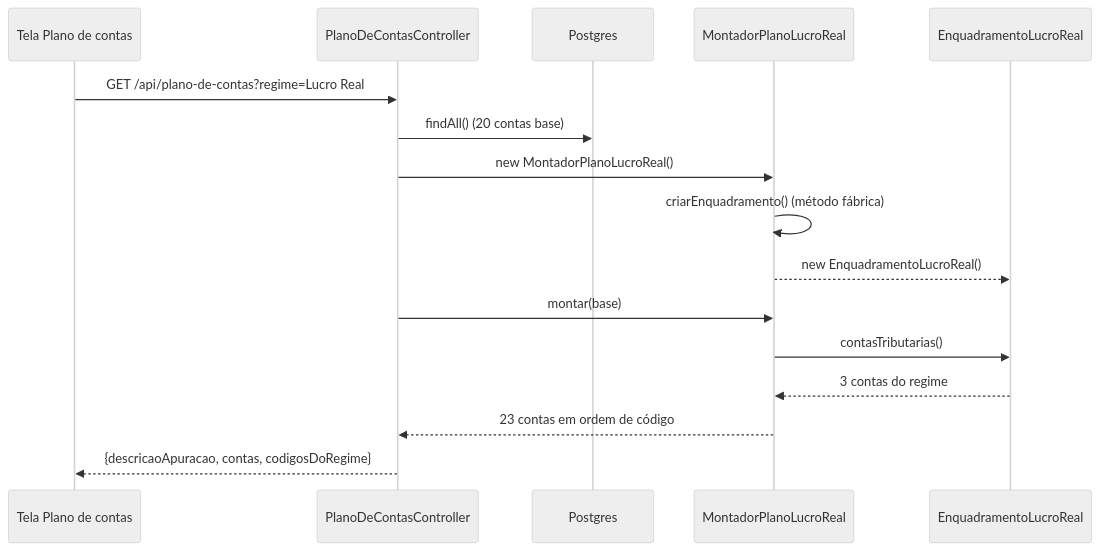
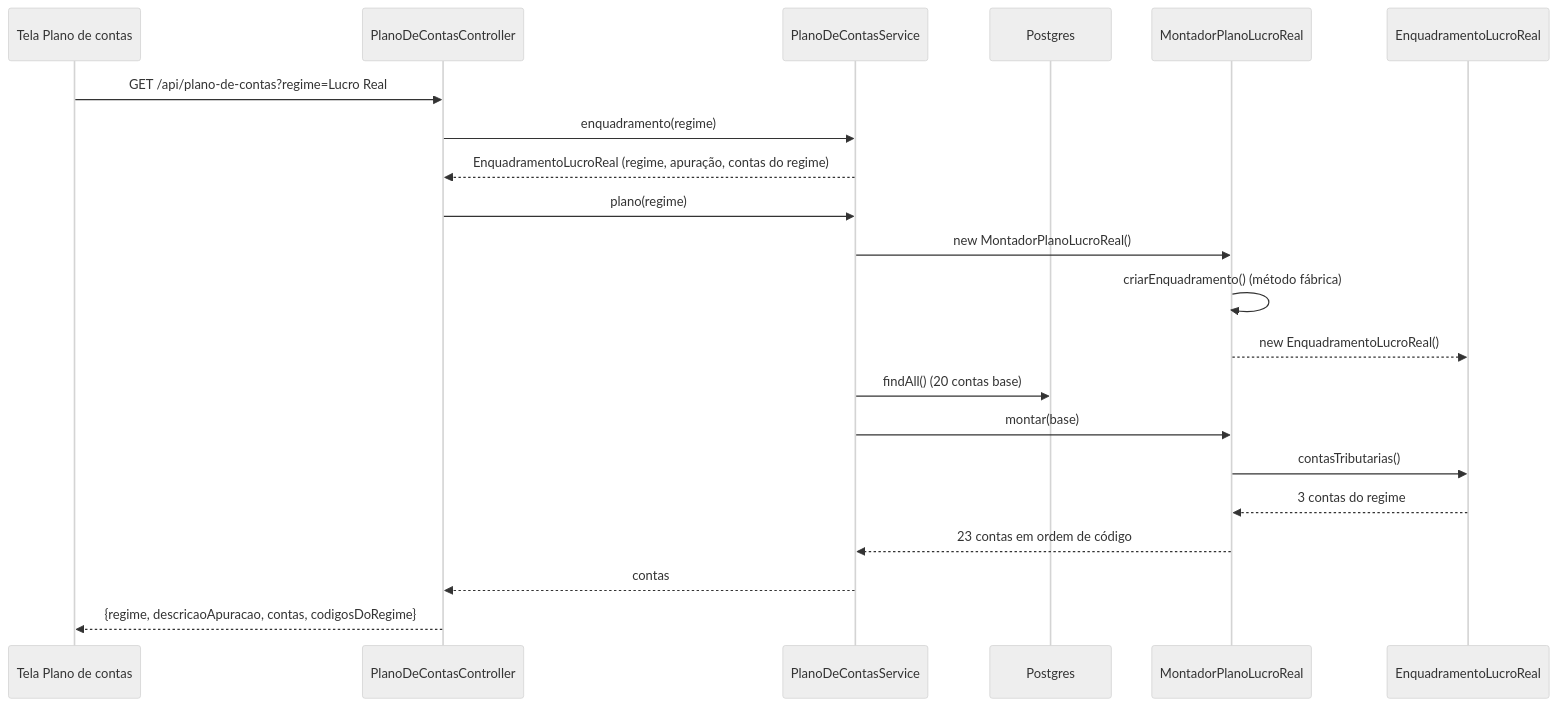
The third of 7 diagrams in README.md (g-celente/core-conta-flow), drawn with Mermaid (neutral theme) before and after one commit. The commit also changed other lines of this file and 183 other files, not shown here.

````diff
--- a/README.md
+++ b/README.md
@@ -244,18 +256,23 @@
 ```mermaid
 sequenceDiagram
     participant T as Tela Plano de contas
     participant C as PlanoDeContasController
+    participant S as PlanoDeContasService
     participant DB as Postgres
     participant M as MontadorPlanoLucroReal
     participant E as EnquadramentoLucroReal
     T->>C: GET /api/plano-de-contas?regime=Lucro Real
-    C->>DB: findAll() (20 contas base)
-    C->>M: new MontadorPlanoLucroReal()
+    C->>S: enquadramento(regime)
+    S-->>C: EnquadramentoLucroReal (regime, apuração, contas do regime)
+    C->>S: plano(regime)
+    S->>M: new MontadorPlanoLucroReal()
     M->>M: criarEnquadramento() (método fábrica)
     M-->>E: new EnquadramentoLucroReal()
-    C->>M: montar(base)
+    S->>DB: findAll() (20 contas base)
+    S->>M: montar(base)
     M->>E: contasTributarias()
     E-->>M: 3 contas do regime
-    M-->>C: 23 contas em ordem de código
-    C-->>T: {descricaoApuracao, contas, codigosDoRegime}
+    M-->>S: 23 contas em ordem de código
+    S-->>C: contas
+    C-->>T: {regime, descricaoApuracao, contas, codigosDoRegime}
 ```
````
